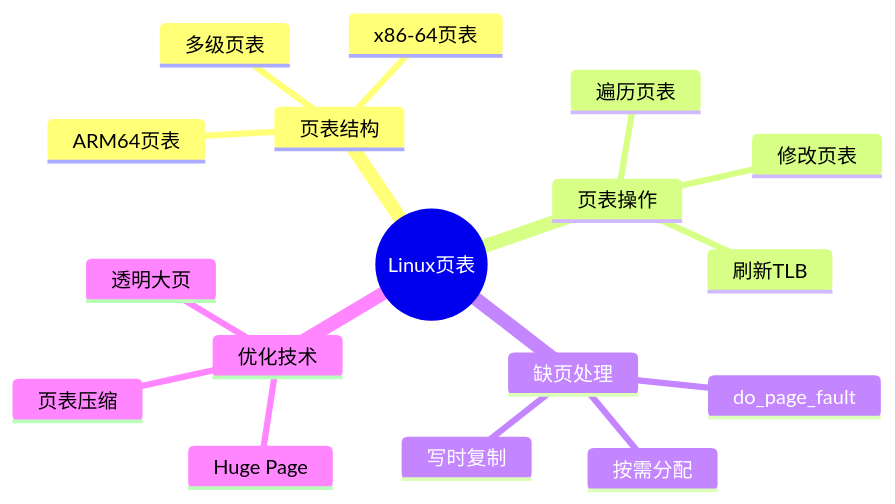
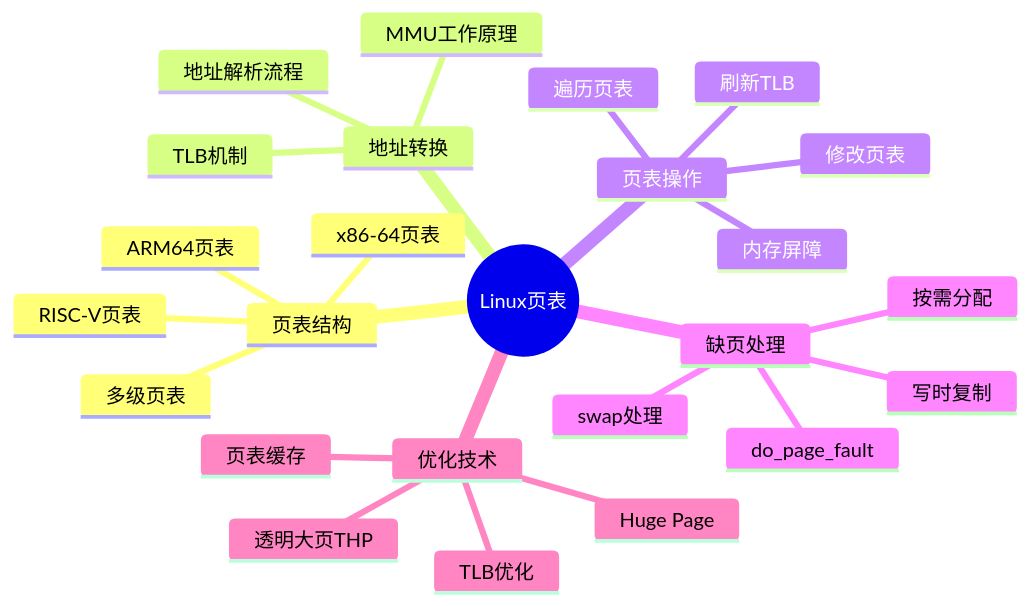
Before and after one commit to AdaMartin18010/C_Lang: the diagram in knowledge/04_Industrial_Scenarios/13_Linux_Kernel/01_Page_Table_Operations.md, drawn with Mermaid. The commit also changed other lines of this file and 16 other files, not shown here.

````diff
--- a/knowledge/04_Industrial_Scenarios/13_Linux_Kernel/01_Page_Table_Operations.md
+++ b/knowledge/04_Industrial_Scenarios/13_Linux_Kernel/01_Page_Table_Operations.md
@@ -23,20 +23,28 @@
 ```mermaid
 mindmap
   root((Linux页表))
     页表结构
       多级页表
       x86-64页表
       ARM64页表
+      RISC-V页表
+    地址转换
+      MMU工作原理
+      TLB机制
+      地址解析流程
     页表操作
       遍历页表
       修改页表
       刷新TLB
+      内存屏障
     缺页处理
       do_page_fault
       按需分配
       写时复制
+      swap处理
     优化技术
       Huge Page
-      透明大页
-      页表压缩
+      透明大页THP
+      页表缓存
+      TLB优化
 ```
````
